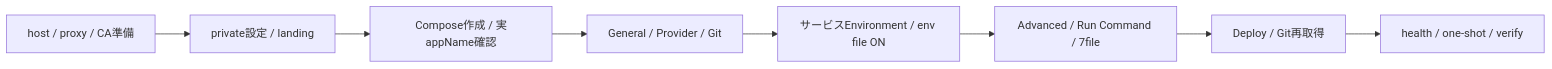
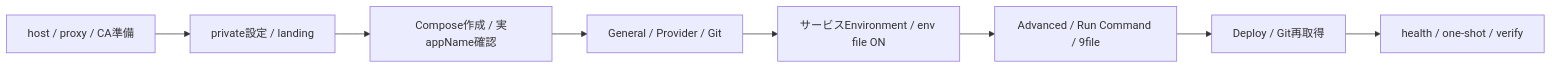
The diagram in docs/reports/mermaid/11-deployment-lifecycle.mmd (hiromura16/lakehouse-foundation), drawn with Mermaid before and after one commit. The commit also changed 72 other files, not shown here.

```diff
--- a/docs/reports/mermaid/11-deployment-lifecycle.mmd
+++ b/docs/reports/mermaid/11-deployment-lifecycle.mmd
@@ -1,8 +1,8 @@
 flowchart LR
   H["host / proxy / CA準備"] --> S["private設定 / landing"]
   S --> C["Compose作成 / 実appName確認"]
   C --> G["General / Provider / Git"]
   G --> E["サービスEnvironment / env file ON"]
-  E --> R["Advanced / Run Command / 7file"]
+  E --> R["Advanced / Run Command / 9file"]
   R --> D["Deploy / Git再取得"]
   D --> V["health / one-shot / verify"]
```
